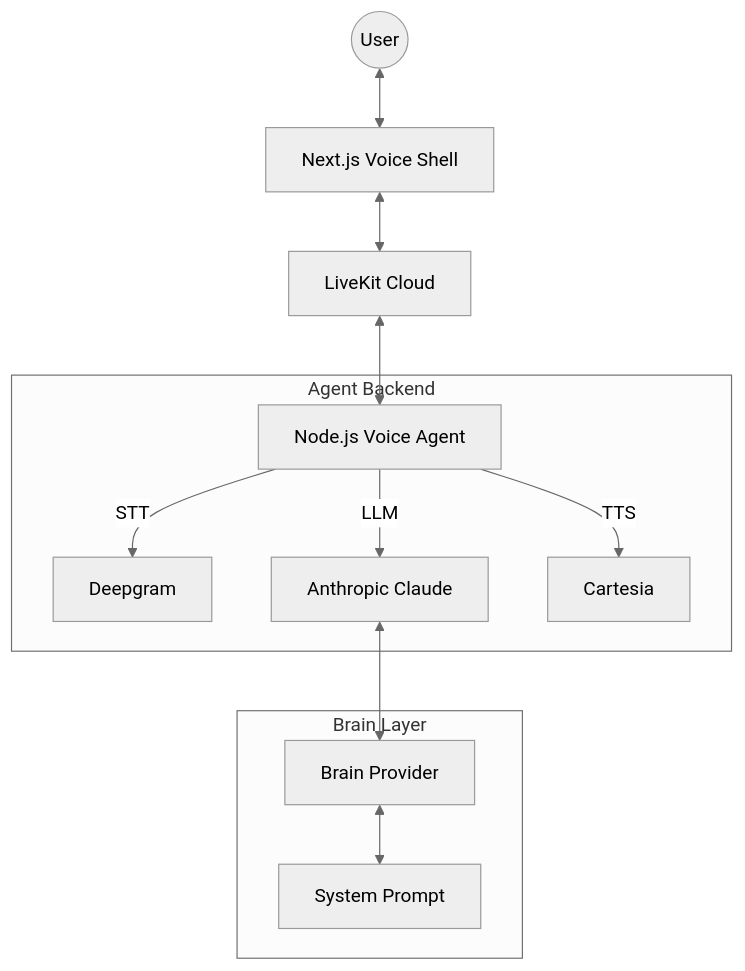
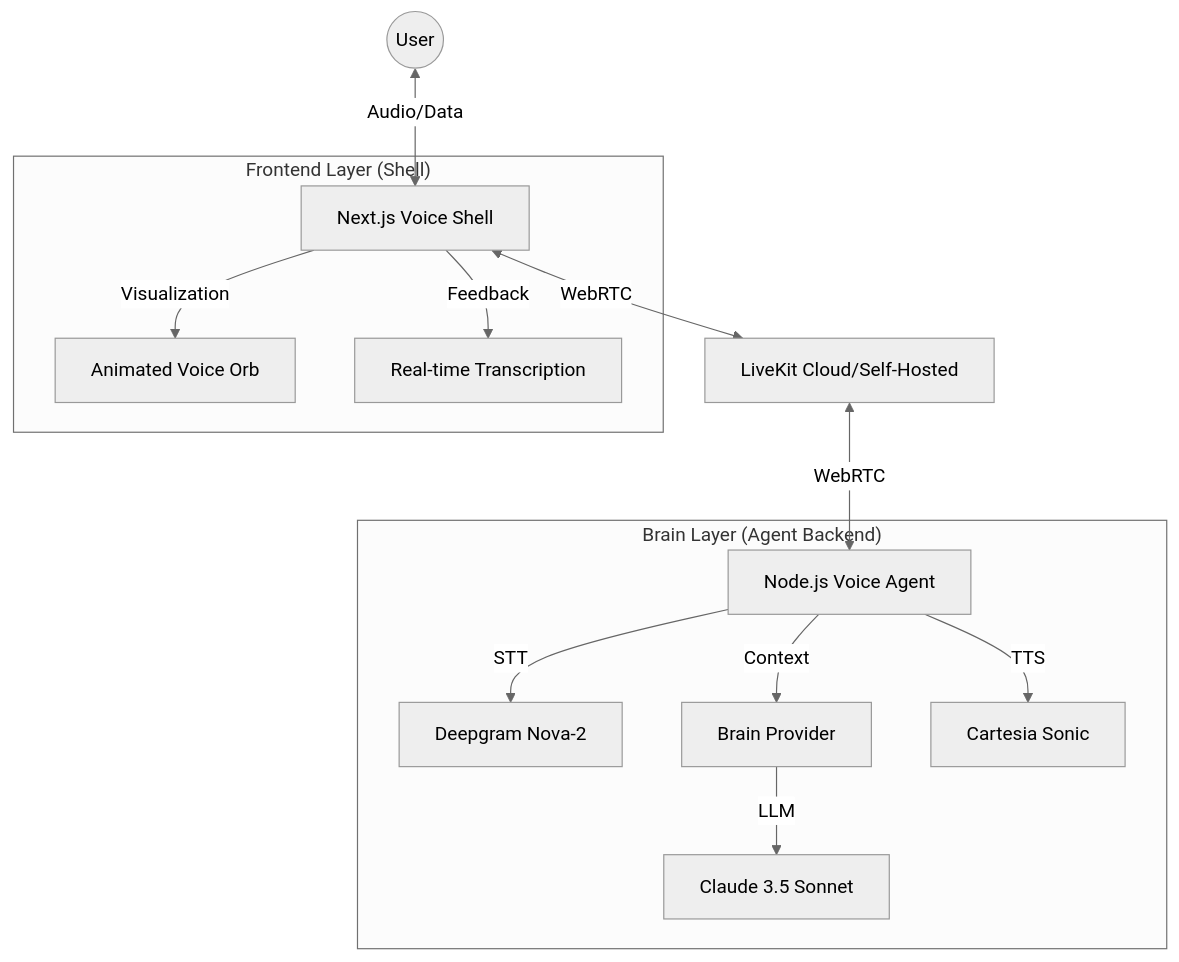
Before and after one commit to ravimentera/teraAI: the diagram in ARCHITECTURE.md, drawn with Mermaid (neutral theme). The commit also changed other lines of this file and 9 other files, not shown here.

Commit message:
readme, architecture file updated

````diff
--- a/ARCHITECTURE.md
+++ b/ARCHITECTURE.md
@@ -9,17 +11,18 @@
 ```mermaid
 graph TD
-    User((User)) <--> Frontend[Next.js Voice Shell]
-    Frontend <--> LiveKit[LiveKit Cloud]
-    LiveKit <--> Agent[Node.js Voice Agent]
+    User((User)) <--> |Audio/Data| Shell[Next.js Voice Shell]
+    Shell <--> |WebRTC| LK[LiveKit Cloud/Self-Hosted]
+    LK <--> |WebRTC| Agent[Node.js Voice Agent]
     
-    subgraph Agent Backend
-        Agent -- STT --> Deepgram
-        Agent -- LLM --> Anthropic[Anthropic Claude]
-        Agent -- TTS --> Cartesia
+    subgraph "Brain Layer (Agent Backend)"
+        Agent --> |STT| Deepgram[Deepgram Nova-2]
+        Agent --> |Context| Brain[Brain Provider]
+        Brain --> |LLM| Anthropic[Claude 3.5 Sonnet]
+        Agent --> |TTS| Cartesia[Cartesia Sonic]
     end
     
-    subgraph Brain Layer
-        Anthropic <--> PromptBrain[Brain Provider]
-        PromptBrain <--> TeraPrompt[System Prompt]
+    subgraph "Frontend Layer (Shell)"
+        Shell --> |Visualization| Orb[Animated Voice Orb]
+        Shell --> |Feedback| Transcript[Real-time Transcription]
     end
 ```
````
